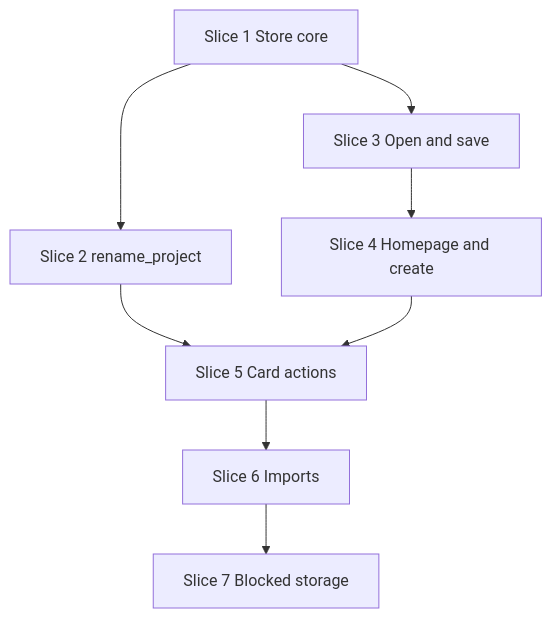
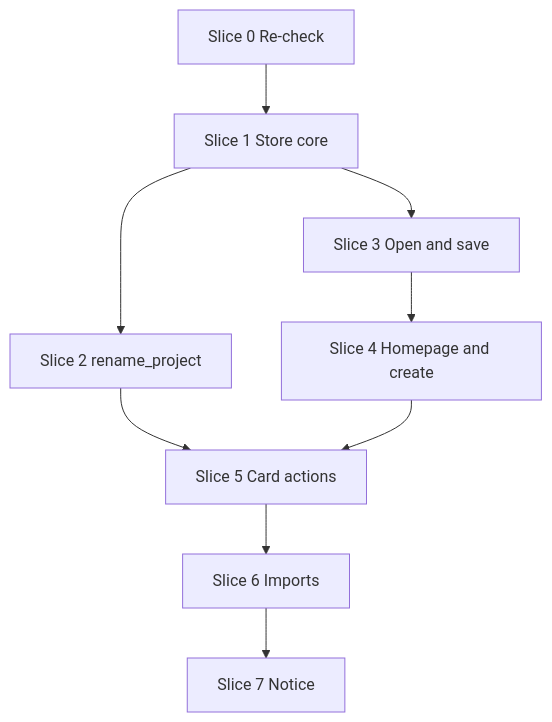
One commit to bailejl/ai-enabler changed the diagram in plans/homepage.md. Above: the diagram before and after it, drawn with Mermaid. The commit also changed other lines of this file, not shown here.

````diff
--- a/plans/homepage.md
+++ b/plans/homepage.md
@@ -665,10 +888,11 @@
 ```mermaid
 graph TD
-  S1[Slice 1 Store core] --> S2[Slice 2 rename_project]
+  S0[Slice 0 Re-check] --> S1[Slice 1 Store core]
+  S1 --> S2[Slice 2 rename_project]
   S1 --> S3[Slice 3 Open and save]
   S3 --> S4[Slice 4 Homepage and create]
   S2 --> S5[Slice 5 Card actions]
   S4 --> S5
   S5 --> S6[Slice 6 Imports]
-  S6 --> S7[Slice 7 Blocked storage]
+  S6 --> S7[Slice 7 Notice]
 ```
````
